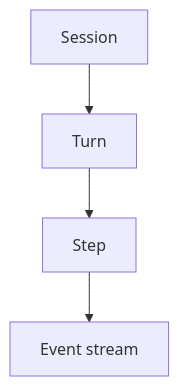
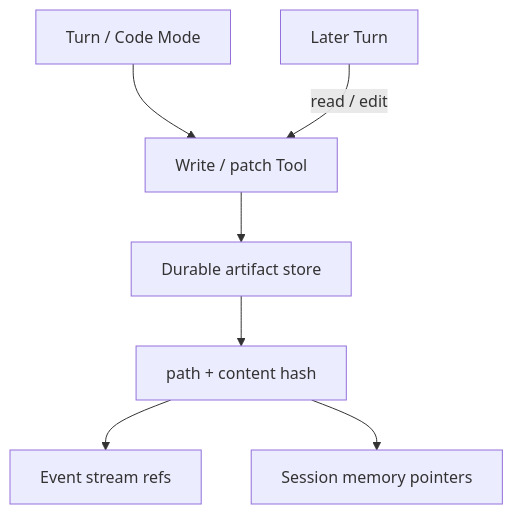
One commit to taonic/temporal-design-patterns changed the diagram in docs/filesystem-authoring.md. Above: the diagram before and after it, drawn with Mermaid. The commit also changed other lines of this file and 52 other files, not shown here.

````diff
--- a/docs/filesystem-authoring.md
+++ b/docs/filesystem-authoring.md
@@ -17,6 +18,9 @@
 ```mermaid
 flowchart TB
-    Session --> Turn
-    Turn --> Step
-    Step --> Events[Event stream]
+    Turn[Turn / Code Mode] --> Tool[Write / patch Tool]
+    Tool --> Store[Durable artifact store]
+    Store --> Path[path + content hash]
+    Path --> Events[Event stream refs]
+    Path --> Mem[Session memory pointers]
+    Next[Later Turn] -->|read / edit| Tool
 ```
````
